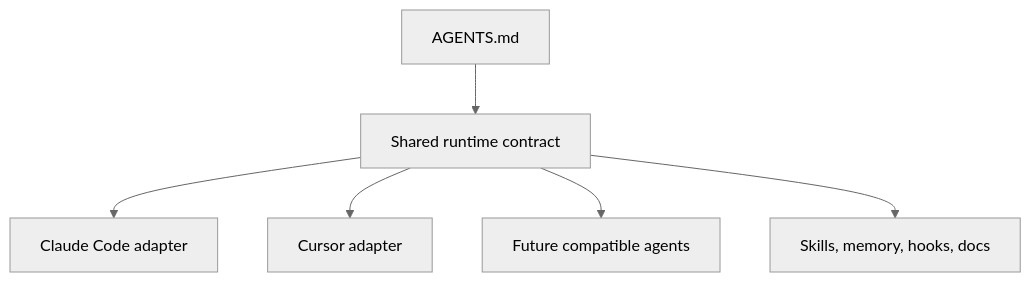
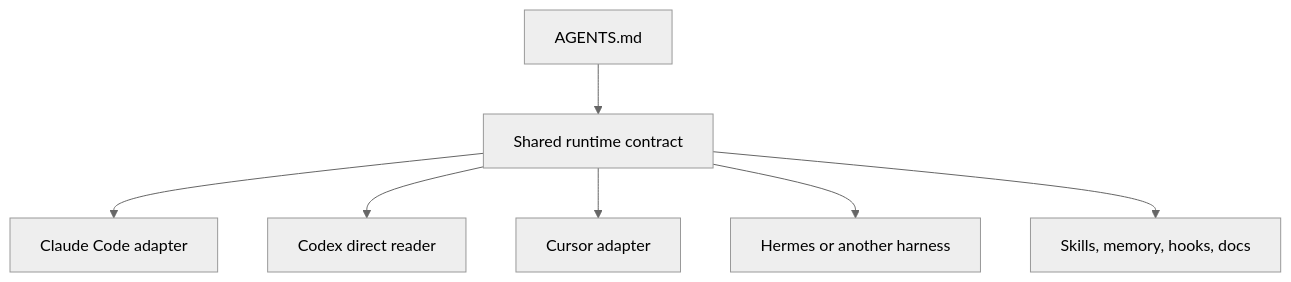
Before and after one commit to camrontaylor/AI-OS-Template: the first of 4 diagrams in docs/design-and-contributing.md, drawn with Mermaid (neutral theme). The commit also changed other lines of this file and 462 other files, not shown here.

````diff
--- a/docs/design-and-contributing.md
+++ b/docs/design-and-contributing.md
@@ -27,8 +27,9 @@
 ```mermaid
 flowchart TD
   A["AGENTS.md"] --> B["Shared runtime contract"]
   B --> C["Claude Code adapter"]
+  B --> D["Codex direct reader"]
   B --> E["Cursor adapter"]
-  B --> F["Future compatible agents"]
+  B --> F["Hermes or another harness"]
   B --> G["Skills, memory, hooks, docs"]
 ```
````
